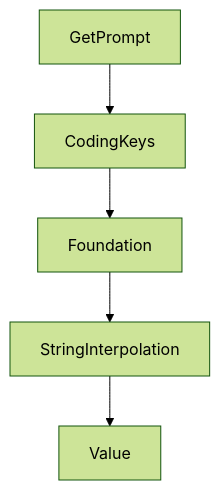
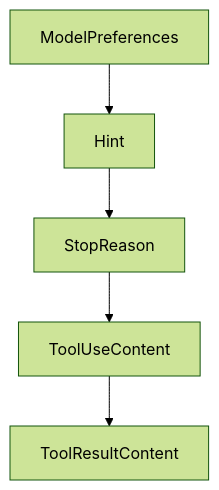
The diagram in tutorials/mcp-swift-sdk-tutorial/05-server-setup-hooks-and-primitive-authoring.md (johnxie/awesome-code-docs), drawn with Mermaid (forest theme) before and after one commit. The commit also changed other lines of this file and 1232 other files, not shown here.

````diff
--- a/tutorials/mcp-swift-sdk-tutorial/05-server-setup-hooks-and-primitive-authoring.md
+++ b/tutorials/mcp-swift-sdk-tutorial/05-server-setup-hooks-and-primitive-authoring.md
@@ -210,12 +210,12 @@
 ```mermaid
 flowchart TD
-    A[GetPrompt]
-    B[CodingKeys]
-    C[Foundation]
-    D[StringInterpolation]
-    E[Value]
+    A[ModelPreferences]
+    B[Hint]
+    C[StopReason]
+    D[ToolUseContent]
+    E[ToolResultContent]
     A --> B
     B --> C
     C --> D
     D --> E
 ```
````
